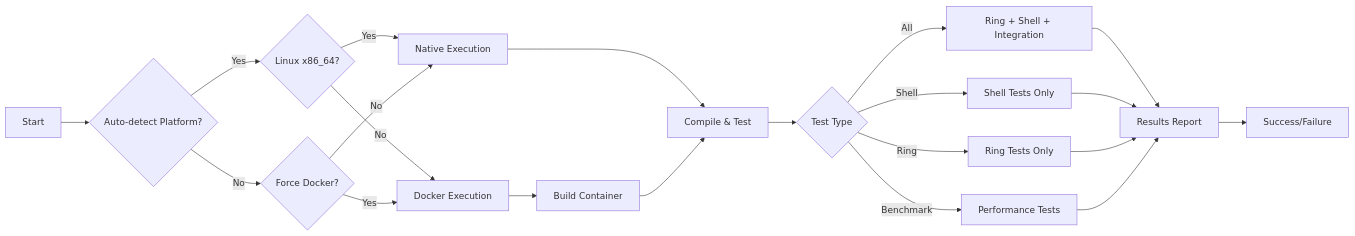
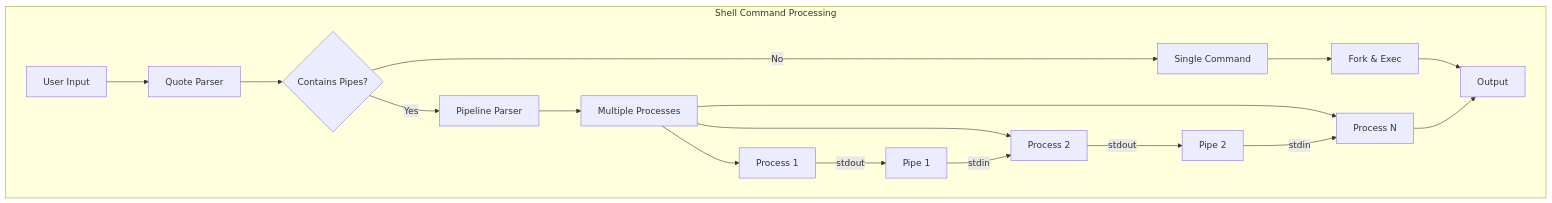
One commit to frizynn/tp4-acso changed the third of 5 diagrams in README.md. Above: the diagram before and after it, drawn with Mermaid. The commit also changed other lines of this file, not shown here.

````diff
--- a/README.md
+++ b/README.md
@@ -64,29 +92,24 @@
 ```mermaid
-flowchart LR
-    A[Start] --> B{Auto-detect Platform?}
-    B -->|Yes| C{Linux x86_64?}
-    B -->|No| D{Force Docker?}
-    
-    C -->|Yes| E[Native Execution]
-    C -->|No| F[Docker Execution]
-    
-    D -->|Yes| F
-    D -->|No| E
-    
-    E --> G[Compile & Test]
-    F --> H[Build Container]
-    H --> G
-    
-    G --> I{Test Type}
-    I -->|All| J[Ring + Shell + Integration]
-    I -->|Shell| K[Shell Tests Only]
-    I -->|Ring| L[Ring Tests Only]
-    I -->|Benchmark| M[Performance Tests]
-    
-    J --> N[Results Report]
-    K --> N
-    L --> N
-    M --> N
-    
-    N --> O[Success/Failure]
+flowchart TD
+    subgraph "Shell Command Processing"
+        A[User Input] --> B[Quote Parser]
+        B --> C{Contains Pipes?}
+        C -->|No| D[Single Command]
+        C -->|Yes| E[Pipeline Parser]
+        
+        D --> F[Fork & Exec]
+        E --> G[Multiple Processes]
+        
+        G --> H[Process 1]
+        G --> I[Process 2]
+        G --> J[Process N]
+        
+        H -->|stdout| K[Pipe 1]
+        K -->|stdin| I
+        I -->|stdout| L[Pipe 2]
+        L -->|stdin| J
+        
+        F --> M[Output]
+        J --> M
+    end
 ```
````
